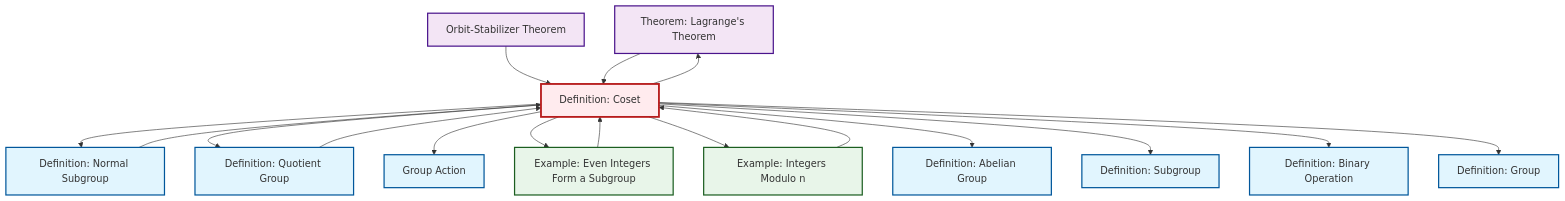
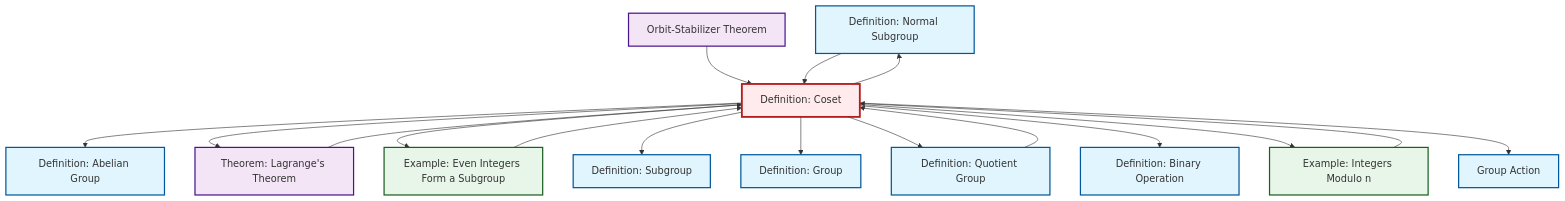
The diagram in content/ja/algebra/def-coset.qmd (RK0429/ModernMath), drawn with Mermaid before and after one commit. The commit also changed other lines of this file and 491 other files, not shown here.

````diff
--- a/content/ja/algebra/def-coset.qmd
+++ b/content/ja/algebra/def-coset.qmd
@@ -158,49 +158,49 @@
 ```{mermaid}
 %%| fig-cap: "Local dependency graph"
 graph TD
     classDef definition fill:#e1f5fe,stroke:#01579b,stroke-width:2px
     classDef theorem fill:#f3e5f5,stroke:#4a148c,stroke-width:2px
     classDef axiom fill:#fff3e0,stroke:#e65100,stroke-width:2px
     classDef example fill:#e8f5e9,stroke:#1b5e20,stroke-width:2px
     classDef current fill:#ffebee,stroke:#b71c1c,stroke-width:3px
-    def-group-action["Group Action"]:::definition
-    def-group["Definition: Group"]:::definition
-    def-subgroup["Definition: Subgroup"]:::definition
-    thm-lagrange["Theorem: Lagrange's Theorem"]:::theorem
     def-binary-operation["Definition: Binary Operation"]:::definition
     def-abelian-group["Definition: Abelian Group"]:::definition
+    def-normal-subgroup["Definition: Normal Subgroup"]:::definition
     ex-even-integers-subgroup["Example: Even Integers Form a Subgroup"]:::example
+    ex-quotient-integers-mod-n["Example: Integers Modulo n"]:::example
+    def-subgroup["Definition: Subgroup"]:::definition
+    def-coset["Definition: Coset"]:::definition
+    def-group["Definition: Group"]:::definition
     thm-orbit-stabilizer["Orbit-Stabilizer Theorem"]:::theorem
-    ex-quotient-integers-mod-n["Example: Integers Modulo n"]:::example
-    def-coset["Definition: Coset"]:::definition
-    def-normal-subgroup["Definition: Normal Subgroup"]:::definition
+    thm-lagrange["Theorem: Lagrange's Theorem"]:::theorem
+    def-group-action["Group Action"]:::definition
     def-quotient-group["Definition: Quotient Group"]:::definition
-    def-coset --> def-normal-subgroup
+    def-coset --> def-abelian-group
     thm-orbit-stabilizer --> def-coset
+    thm-lagrange --> def-coset
+    def-coset --> thm-lagrange
+    def-coset --> ex-even-integers-subgroup
+    def-coset --> def-subgroup
+    def-coset --> def-group
+    ex-even-integers-subgroup --> def-coset
     def-quotient-group --> def-coset
     def-coset --> def-quotient-group
+    def-normal-subgroup --> def-coset
+    ex-quotient-integers-mod-n --> def-coset
+    def-coset --> def-normal-subgroup
+    def-coset --> def-binary-operation
+    def-coset --> ex-quotient-integers-mod-n
     def-coset --> def-group-action
-    def-coset --> ex-even-integers-subgroup
-    def-coset --> ex-quotient-integers-mod-n
-    def-coset --> def-abelian-group
-    ex-even-integers-subgroup --> def-coset
-    def-coset --> thm-lagrange
-    def-coset --> def-subgroup
-    ex-quotient-integers-mod-n --> def-coset
-    thm-lagrange --> def-coset
-    def-coset --> def-binary-operation
-    def-coset --> def-group
-    def-normal-subgroup --> def-coset
     class def-coset current
-    click def-group-action "def-group-action.html" "Group Actionへ"
-    click def-group "def-group.html" "Definition: Groupへ"
-    click def-subgroup "def-subgroup.html" "Definition: Subgroupへ"
-    click thm-lagrange "thm-lagrange.html" "Theorem: Lagrange's Theoremへ"
     click def-binary-operation "def-binary-operation.html" "Definition: Binary Operationへ"
     click def-abelian-group "def-abelian-group.html" "Definition: Abelian Groupへ"
+    click def-normal-subgroup "def-normal-subgroup.html" "Definition: Normal Subgroupへ"
     click ex-even-integers-subgroup "ex-even-integers-subgroup.html" "Example: Even Integers Form a Subgroupへ"
+    click ex-quotient-integers-mod-n "ex-quotient-integers-mod-n.html" "Example: Integers Modulo nへ"
+    click def-subgroup "def-subgroup.html" "Definition: Subgroupへ"
+    click def-group "def-group.html" "Definition: Groupへ"
     click thm-orbit-stabilizer "thm-orbit-stabilizer.html" "Orbit-Stabilizer Theoremへ"
-    click ex-quotient-integers-mod-n "ex-quotient-integers-mod-n.html" "Example: Integers Modulo nへ"
-    click def-normal-subgroup "def-normal-subgroup.html" "Definition: Normal Subgroupへ"
+    click thm-lagrange "thm-lagrange.html" "Theorem: Lagrange's Theoremへ"
+    click def-group-action "def-group-action.html" "Group Actionへ"
     click def-quotient-group "def-quotient-group.html" "Definition: Quotient Groupへ"
 ```
````
